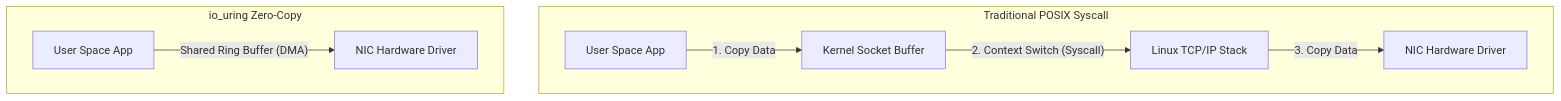
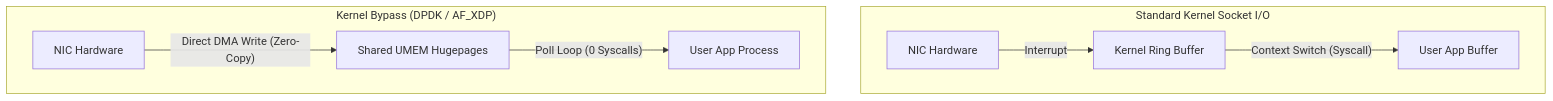
One commit to AndreaPallotta/subroutine changed the diagram in src/content/articles/kernel-bypass-zero-copy.mdx. Above: the diagram before and after it, drawn with Mermaid. The commit also changed 6 other files, not shown here.

Commit message:
Fixed mermaid graph in ntp article

````diff
--- a/src/content/articles/kernel-bypass-zero-copy.mdx
+++ b/src/content/articles/kernel-bypass-zero-copy.mdx
@@ -43,12 +43,12 @@
 ```mermaid
 graph TD
-    subgraph Traditional POSIX Syscall
-    U1[User Space App] -- 1. Copy Data --> K1[Kernel Socket Buffer]
-    K1 -- 2. Context Switch (Syscall) --> K2[Linux TCP/IP Stack]
-    K2 -- 3. Copy Data --> N1[NIC Hardware Driver]
+    subgraph Standard["Standard Kernel Socket I/O"]
+    NIC1["NIC Hardware"] -->|"Interrupt"| K1["Kernel Ring Buffer"]
+    K1 -->|"Context Switch (Syscall)"| APP1["User App Buffer"]
     end
 
-    subgraph io_uring Zero-Copy
-    U2[User Space App] -- Shared Ring Buffer (DMA) --> N2[NIC Hardware Driver]
+    subgraph DPDK["Kernel Bypass (DPDK / AF_XDP)"]
+    NIC2["NIC Hardware"] -->|"Direct DMA Write (Zero-Copy)"| UMEM["Shared UMEM Hugepages"]
+    UMEM -->|"Poll Loop (0 Syscalls)"| APP2["User App Process"]
     end
 ```
````
